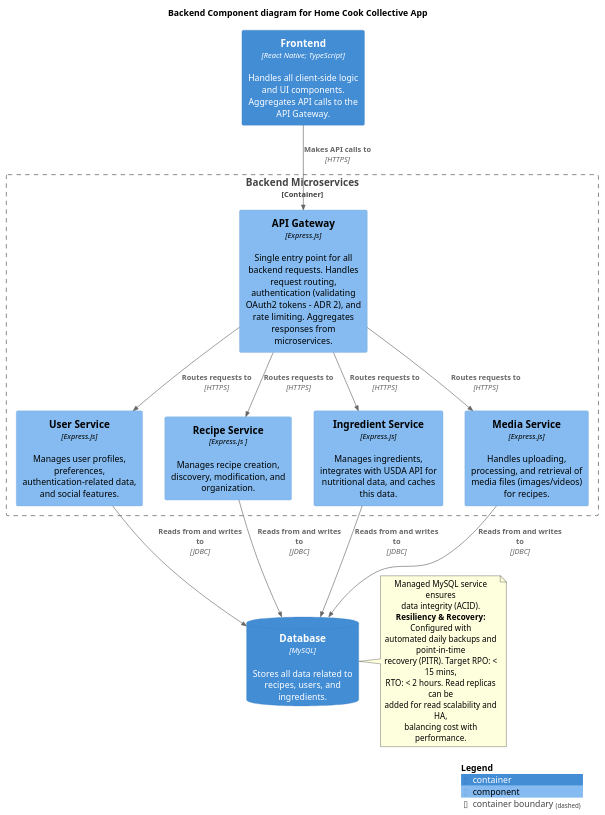
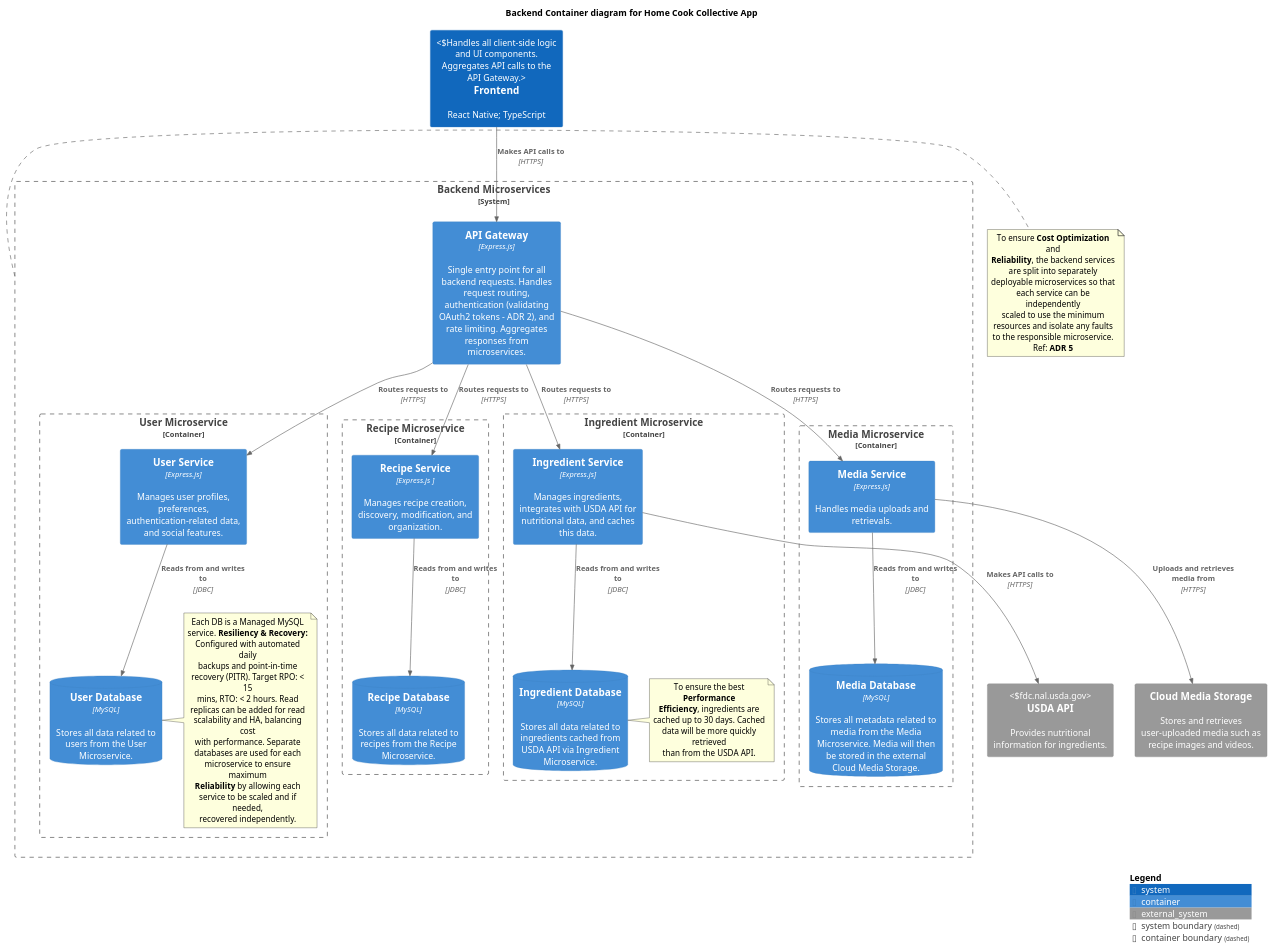
One commit to darius-despain/SE577-SoftwareArchitecture changed the diagram in diagrams/src/hcc-backend.puml. Above: the diagram before and after it, drawn with PlantUML. The commit also changed 1 other file, not shown here.

Commit message:
Updated to have more descriptive notes. not done yet

```diff
--- a/diagrams/src/hcc-backend.puml
+++ b/diagrams/src/hcc-backend.puml
@@ -1,43 +1,81 @@
 @startuml "Home-Cook-Collective-Container"
 !include ../C4_Component.puml
 
-title Backend Component diagram for Home Cook Collective App
+title Backend Container diagram for Home Cook Collective App
 
-Container(frontend, "Frontend", "React Native; TypeScript", "Handles all client-side logic and UI components. Aggregates API calls to the API Gateway.")
+System(frontend, "Frontend", "React Native; TypeScript", "Handles all client-side logic and UI components. Aggregates API calls to the API Gateway.")
 
-Container_Boundary(backend, "Backend Microservices") {
-    Component(api_gateway, "API Gateway", "Express.js", "Single entry point for all backend requests. Handles request routing, authentication (validating OAuth2 tokens - ADR 2), and rate limiting. Aggregates responses from microservices.")
-    Component(user_service, "User Service", "Express.js", "Manages user profiles, preferences, authentication-related data, and social features.")
-    Component(recipe_service, "Recipe Service", "Express.js ", "Manages recipe creation, discovery, modification, and organization.")
-    Component(ingredient_service, "Ingredient Service", "Express.js", "Manages ingredients, integrates with USDA API for nutritional data, and caches this data.")
-    Component(media_service, "Media Service", "Express.js", "Handles uploading, processing, and retrieval of media files (images/videos) for recipes.")
+System_Boundary(backend, "Backend Microservices") {
+    Container(api_gateway, "API Gateway", "Express.js", "Single entry point for all backend requests. Handles request routing, authentication (validating OAuth2 tokens - ADR 2), and rate limiting. Aggregates responses from microservices.")
+
+    Container_Boundary(user_microservice, "User Microservice") {
+        Container(user_service, "User Service", "Express.js", "Manages user profiles, preferences, authentication-related data, and social features.")
+        ContainerDb(user_db, "User Database", "MySQL", "Stores all data related to users from the User Microservice.")
+        note right of user_db
+            Each DB is a Managed MySQL
+            service. **Resiliency & Recovery:**
+            Configured with automated daily
+            backups and point-in-time
+            recovery (PITR). Target RPO: < 15
+            mins, RTO: < 2 hours. Read
+            replicas can be added for read
+            scalability and HA, balancing cost
+            with performance. Separate databases are used for each
+            microservice to ensure maximum
+            **Reliability** by allowing each
+            service to be scaled and if needed,
+            recovered independently.
+        end note
+    }
+    Container_Boundary(recipe_microservice, "Recipe Microservice") {
+        Container(recipe_service, "Recipe Service", "Express.js ", "Manages recipe creation, discovery, modification, and organization.")
+        ContainerDb(recipe_db, "Recipe Database", "MySQL", "Stores all data related to recipes from the Recipe Microservice.")
+    }
+    Container_Boundary(ingredient_microservice, "Ingredient Microservice") {
+        Container(ingredient_service, "Ingredient Service", "Express.js", "Manages ingredients, integrates with USDA API for nutritional data, and caches this data.")
+        ContainerDb(ingredient_db, "Ingredient Database", "MySQL", "Stores all data related to ingredients cached from USDA API via Ingredient Microservice.")
+        note right of ingredient_db
+            To ensure the best **Performance**
+            **Efficiency**, ingredients are
+            cached up to 30 days. Cached
+            data will be more quickly retrieved
+            than from the USDA API.
+        end note
+    }
+    Container_Boundary(media_microservice, "Media Microservice") {
+        Container(media_service, "Media Service", "Express.js", "Handles media uploads and retrievals.")
+        ContainerDb(media_db, "Media Database", "MySQL", "Stores all metadata related to media from the Media Microservice. Media will then be stored in the external Cloud Media Storage.")
+    }
 }
-
-ContainerDb(db, "Database", "MySQL", "Stores all data related to recipes, users, and ingredients.")
-note right of db
-    Managed MySQL service ensures
-    data integrity (ACID).
-    **Resiliency & Recovery:** Configured with
-    automated daily backups and point-in-time
-    recovery (PITR). Target RPO: < 15 mins,
-    RTO: < 2 hours. Read replicas can be
-    added for read scalability and HA,
-    balancing cost with performance.
+note right of backend
+    To ensure **Cost Optimization** and
+    **Reliability**, the backend services
+    are split into separately
+    deployable microservices so that
+    each service can be independently
+    scaled to use the minimum
+    resources and isolate any faults
+    to the responsible microservice.
+    Ref: **ADR 5**
 end note
 
-' TODO: Add external systems and relationships
+System_Ext(usda_api, "USDA API","Provides nutritional information for ingredients.", "fdc.nal.usda.gov")
+System_Ext(media_storage_ext, "Cloud Media Storage", "Stores and retrieves user-uploaded media such as recipe images and videos.")
 
 Rel(frontend, api_gateway, "Makes API calls to", "HTTPS")
 
 Rel(api_gateway, user_service, "Routes requests to", "HTTPS")
 Rel(api_gateway, recipe_service, "Routes requests to", "HTTPS")
 Rel(api_gateway, ingredient_service, "Routes requests to", "HTTPS")
 Rel(api_gateway, media_service, "Routes requests to", "HTTPS")
 
-Rel(user_service, db, "Reads from and writes to", "JDBC")
-Rel(recipe_service, db, "Reads from and writes to", "JDBC")
-Rel(ingredient_service, db, "Reads from and writes to", "JDBC")
-Rel(media_service, db, "Reads from and writes to", "JDBC")
+Rel(ingredient_service, usda_api, "Makes API calls to", "HTTPS")
+Rel(media_service, media_storage_ext, "Uploads and retrieves media from", "HTTPS")
+
+Rel(user_service, user_db, "Reads from and writes to", "JDBC")
+Rel(recipe_service, recipe_db, "Reads from and writes to", "JDBC")
+Rel(ingredient_service, ingredient_db, "Reads from and writes to", "JDBC")
+Rel(media_service, media_db, "Reads from and writes to", "JDBC")
 
 SHOW_LEGEND()
 @enduml
```
